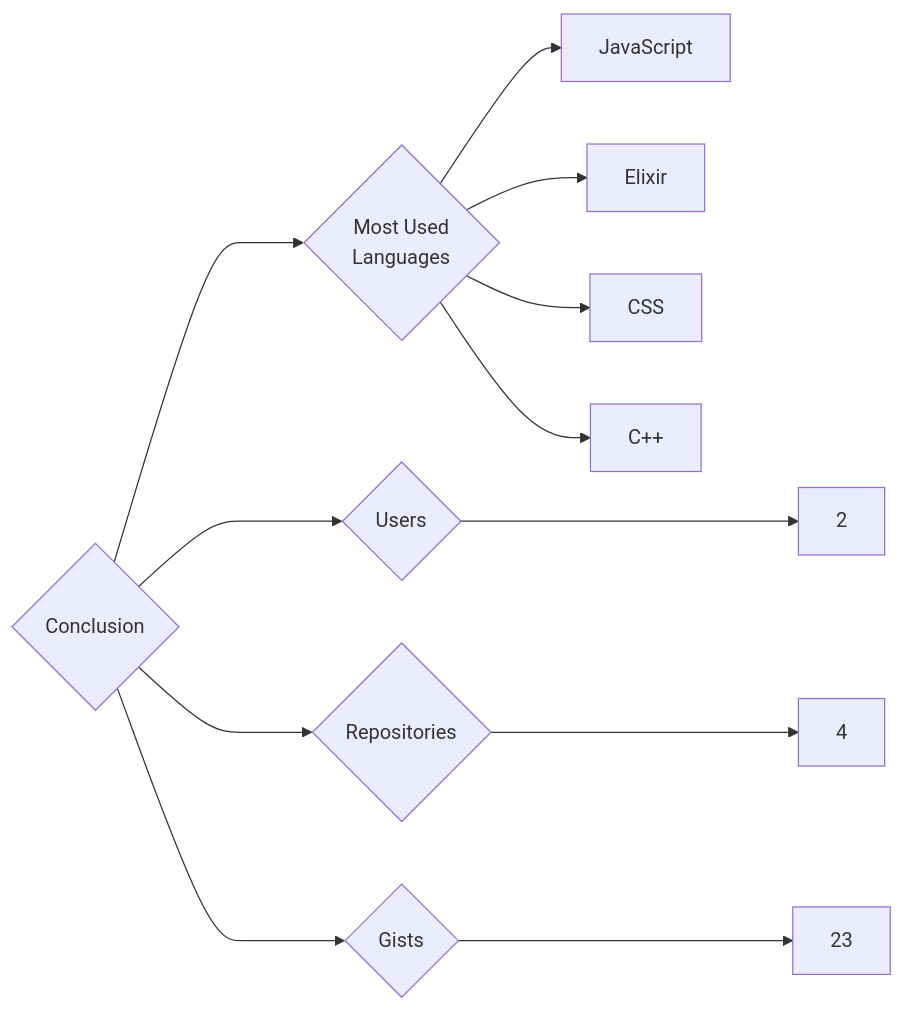
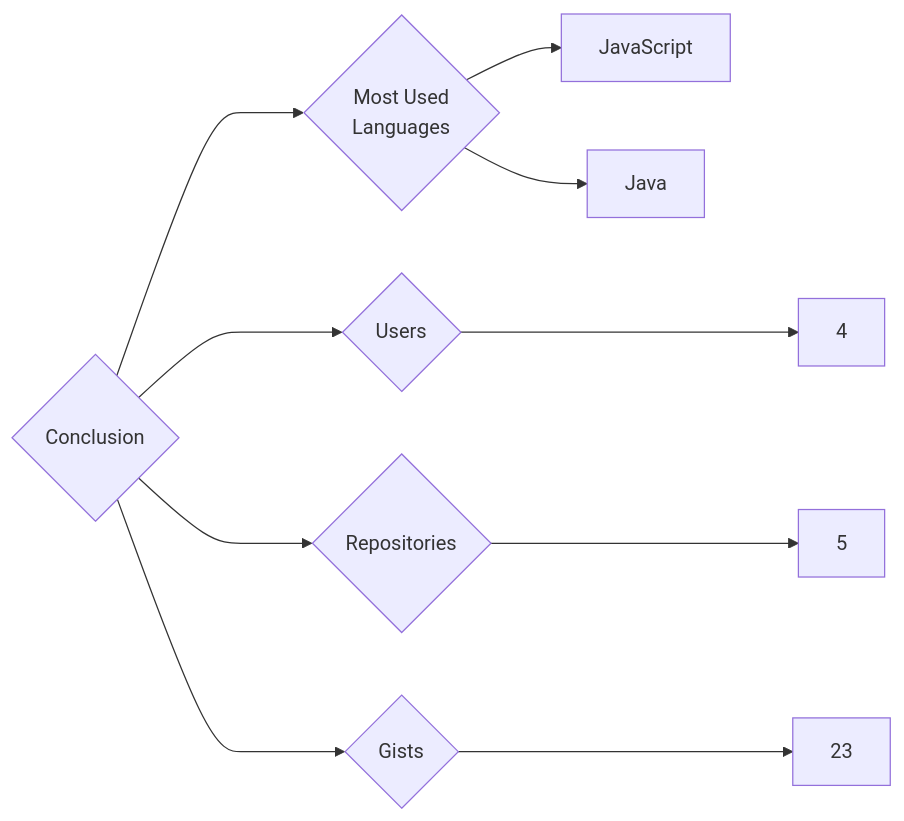
Before and after one commit to trickest/insiders: the diagram in targets/Conclusion/README.md, drawn with Mermaid. The commit also changed 1089 other files, not shown here.

````diff
--- a/targets/Conclusion/README.md
+++ b/targets/Conclusion/README.md
@@ -3,12 +3,10 @@
 ```mermaid
 graph LR
 COMPANY_NAME{Conclusion}
-COMPANY_NAME ---> U{Users} ---> UN[2]
-COMPANY_NAME ---> R{Repositories} ---> RN[4]
+COMPANY_NAME ---> U{Users} ---> UN[4]
+COMPANY_NAME ---> R{Repositories} ---> RN[5]
 COMPANY_NAME ---> G{Gists} ---> GN[23]
 COMPANY_NAME ---> ML{Most Used<br>Languages}
 ML --> JavaScript[JavaScript]
-ML --> Elixir[Elixir]
-ML --> CSS[CSS]
-ML --> C++[C++]
+ML --> Java[Java]
 ```
````
